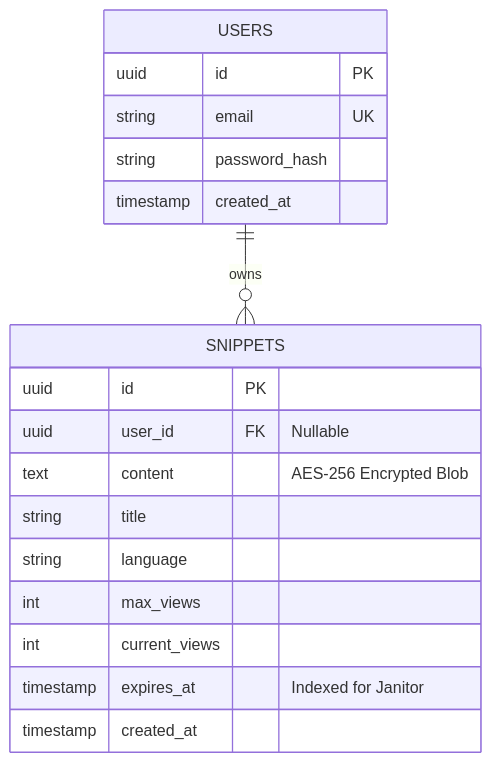
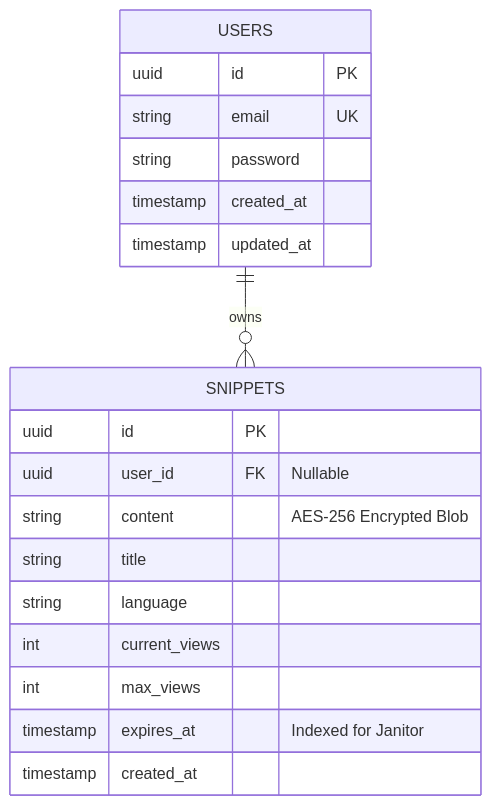
Before and after one commit to Direwen/Flash-Paper: the first of 2 diagrams in README.md, drawn with Mermaid. The commit also changed other lines of this file, not shown here.

Commit message:
chore: update the sequence diagram in readme

````diff
--- a/README.md
+++ b/README.md
@@ -60,23 +60,24 @@
 ```mermaid
 erDiagram
     USERS ||--o{ SNIPPETS : "owns"
     
     USERS {
         uuid id PK
         string email UK
-        string password_hash
+        string password
         timestamp created_at
+        timestamp updated_at
     }
 
     SNIPPETS {
         uuid id PK
         uuid user_id FK "Nullable"
-        text content "AES-256 Encrypted Blob"
+        string content "AES-256 Encrypted Blob"
         string title
         string language
+        int current_views
         int max_views
-        int current_views
         timestamp expires_at "Indexed for Janitor"
         timestamp created_at
     }
 ```
````
